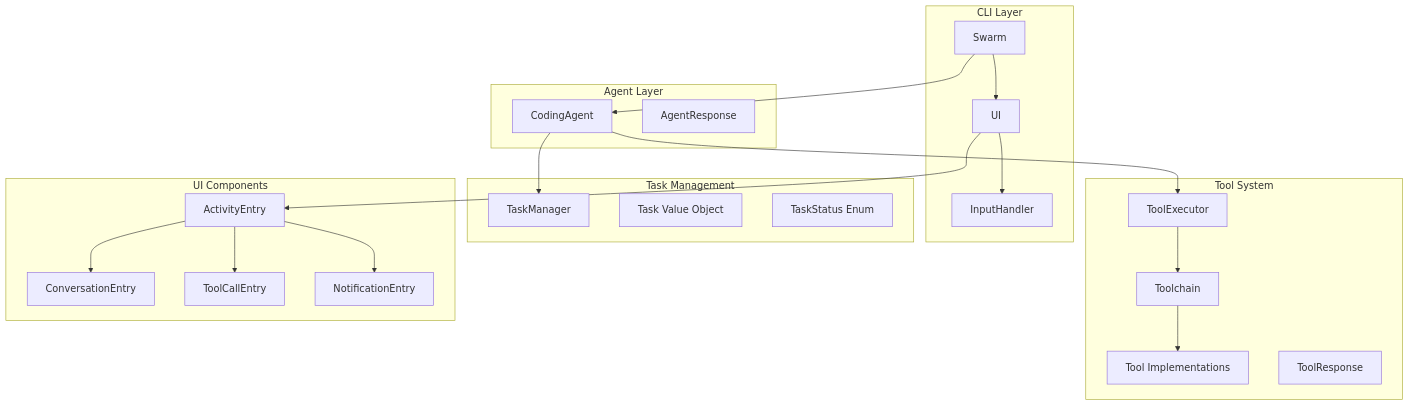
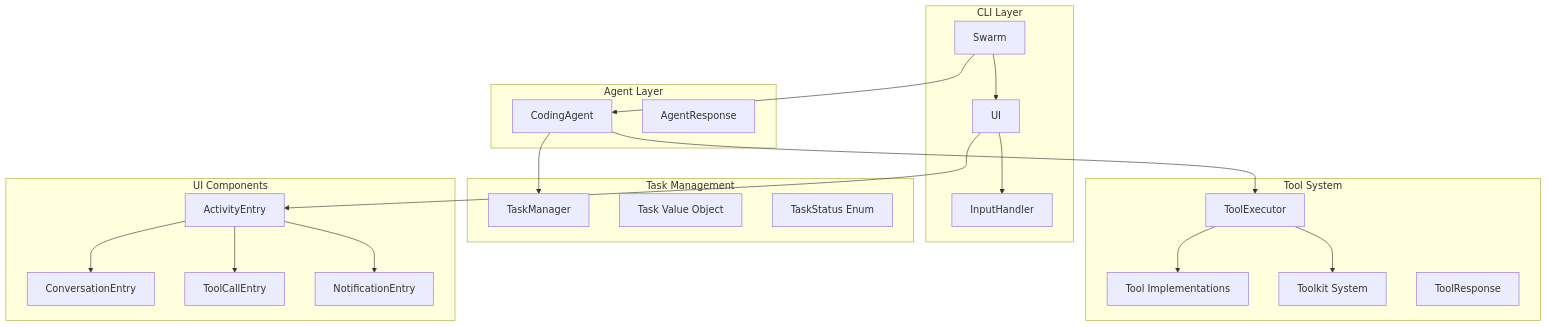
One commit to HelgeSverre/swarm changed the sixth of 8 diagrams in docs/overview.md. Above: the diagram before and after it, drawn with Mermaid. The commit also changed other lines of this file and 5 other files, not shown here.

````diff
--- a/docs/overview.md
+++ b/docs/overview.md
@@ -150,45 +153,45 @@
 ```mermaid
 graph TB
     subgraph "CLI Layer"
         CLI[Swarm]
         TUI[UI]
         Input[InputHandler]
     end
     
     subgraph "Agent Layer"
         Agent[CodingAgent]
         Response[AgentResponse]
     end
     
     subgraph "Task Management"
         TaskMgr[TaskManager]
         Task[Task Value Object]
         TaskStatus[TaskStatus Enum]
     end
     
     subgraph "Tool System"
         Executor[ToolExecutor]
-        Toolchain[Toolchain]
         Tools[Tool Implementations]
+        Toolkits[Toolkit System]
         ToolResp[ToolResponse]
     end
     
     subgraph "UI Components"
         Activity[ActivityEntry]
         Conv[ConversationEntry]
         Tool[ToolCallEntry]
         Notif[NotificationEntry]
     end
     
     CLI --> Agent
     CLI --> TUI
     TUI --> Input
     Agent --> TaskMgr
     Agent --> Executor
-    Executor --> Toolchain
-    Toolchain --> Tools
+    Executor --> Tools
+    Executor --> Toolkits
     TUI --> Activity
     Activity --> Conv
     Activity --> Tool
     Activity --> Notif
 ```
````
